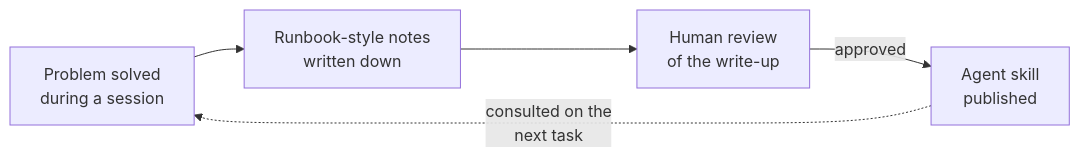
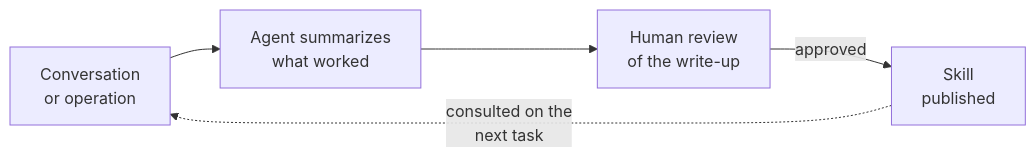
Before and after one commit to hanx-hep/12th-diracx-workshop: the third of 3 diagrams in slides.md, drawn with Mermaid. The commit also changed other lines of this file and 2 other files, not shown here.

````diff
--- a/slides.md
+++ b/slides.md
@@ -407,7 +404,7 @@
 ```mermaid {scale: 0.56}
 flowchart LR
-    A[Problem solved<br/>during a session] --> B[Runbook-style notes<br/>written down]
+    A[Conversation<br/>or operation] --> B[Agent summarizes<br/>what worked]
     B --> C[Human review<br/>of the write-up]
-    C -->|approved| D[Agent skill<br/>published]
+    C -->|approved| D[Skill<br/>published]
     D -.->|consulted on the<br/>next task| A
 ```
````
